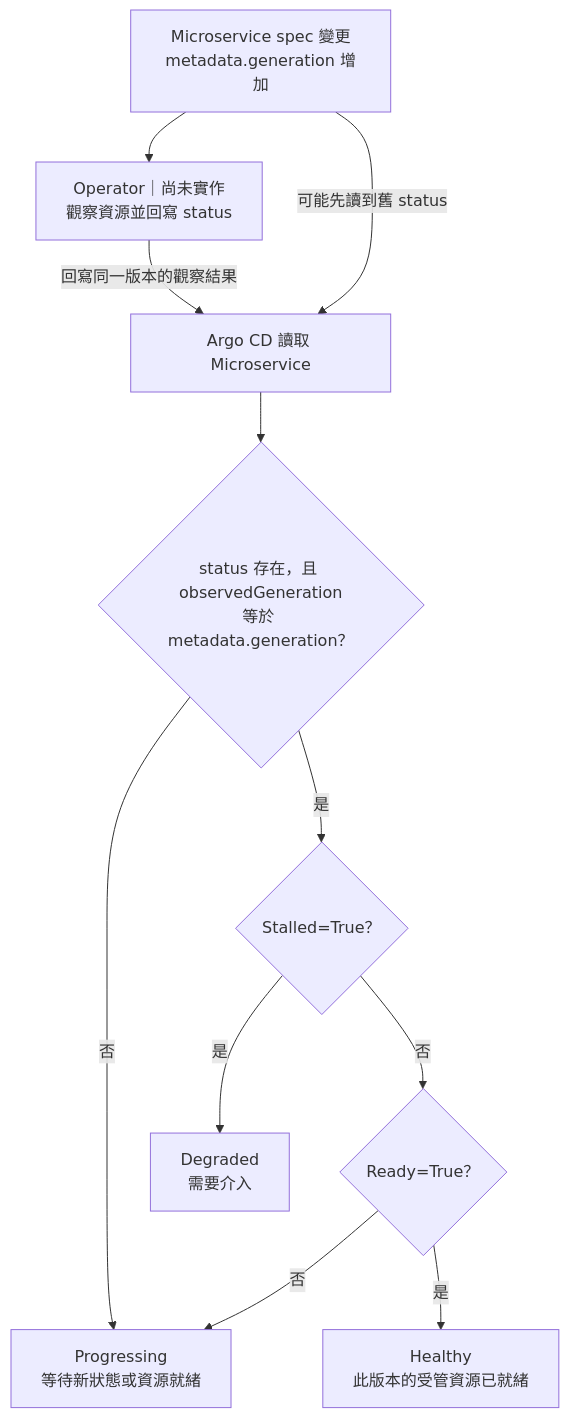
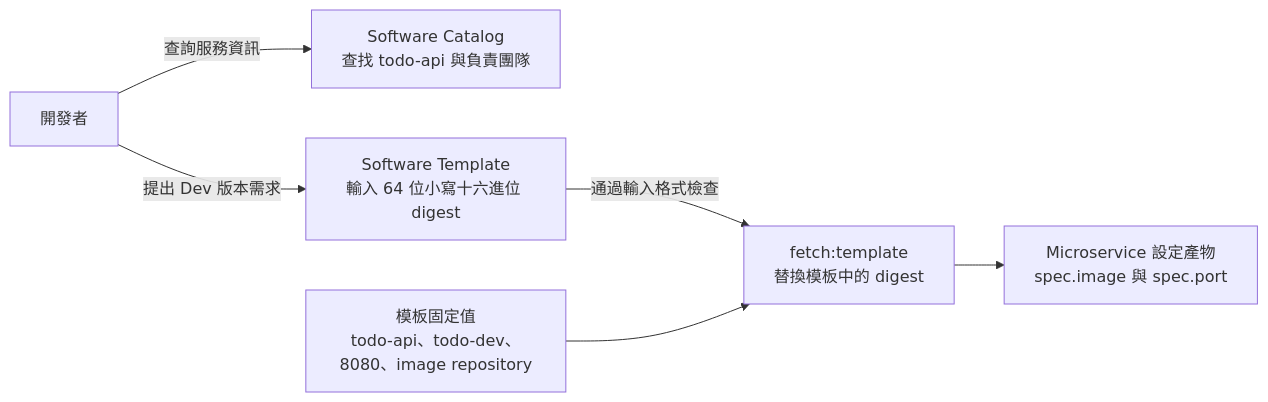
One commit to yrw9281/IT30.Platform.Engineering changed the diagram in doc/zh-tw/D23.md. Above: the diagram before and after it, drawn with Mermaid. The commit also changed other lines of this file and 30 other files, not shown here.

````diff
--- a/doc/zh-tw/D23.md
+++ b/doc/zh-tw/D23.md
@@ -24,23 +69,14 @@
 ```mermaid
-flowchart TD
-    CR["Microservice spec 變更<br/>metadata.generation 增加"]
-    Operator["Operator｜尚未實作<br/>觀察資源並回寫 status"]
-    Read["Argo CD 讀取 Microservice"]
-    Current{"status 存在，且 observedGeneration<br/>等於 metadata.generation？"}
-    Stalled{"Stalled=True？"}
-    Ready{"Ready=True？"}
-    Progressing["Progressing<br/>等待新狀態或資源就緒"]
-    Degraded["Degraded<br/>需要介入"]
-    Healthy["Healthy<br/>此版本的受管資源已就緒"]
-
-    CR --> Operator
-    Operator -->|"回寫同一版本的觀察結果"| Read
-    CR -->|"可能先讀到舊 status"| Read
-    Read --> Current
-    Current -->|"否"| Progressing
-    Current -->|"是"| Stalled
-    Stalled -->|"是"| Degraded
-    Stalled -->|"否"| Ready
-    Ready -->|"是"| Healthy
-    Ready -->|"否"| Progressing
+flowchart LR
+    Developer["開發者"]
+    Catalog["Software Catalog<br/>查找 todo-api 與負責團隊"]
+    Form["Software Template<br/>輸入 64 位小寫十六進位 digest"]
+    Fixed["模板固定值<br/>todo-api、todo-dev、8080、image repository"]
+    Render["fetch:template<br/>替換模板中的 digest"]
+    CR["Microservice 設定產物<br/>spec.image 與 spec.port"]
+    Developer -->|"查詢服務資訊"| Catalog
+    Developer -->|"提出 Dev 版本需求"| Form
+    Form -->|"通過輸入格式檢查"| Render
+    Fixed --> Render
+    Render --> CR
 ```
````
